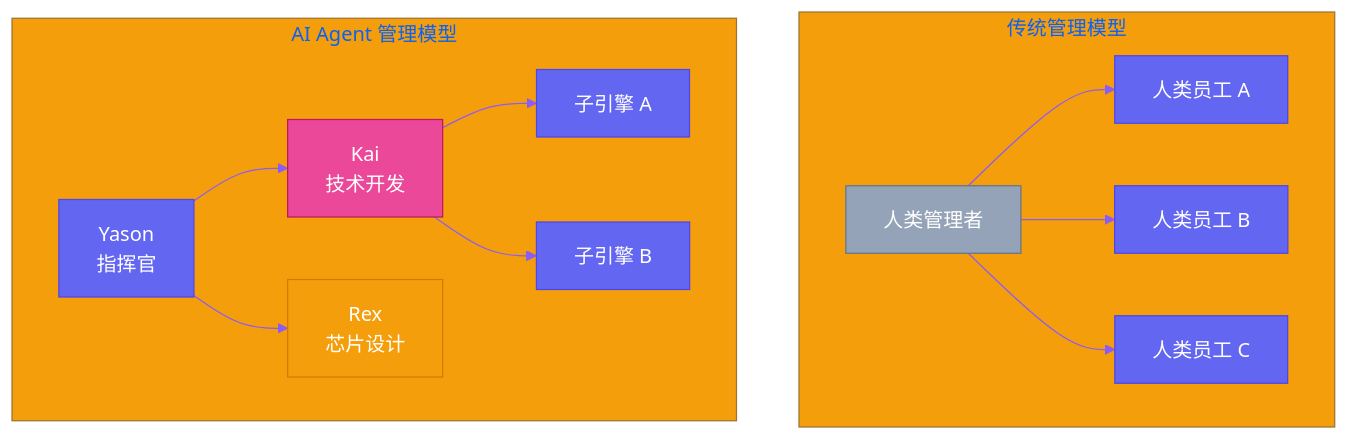
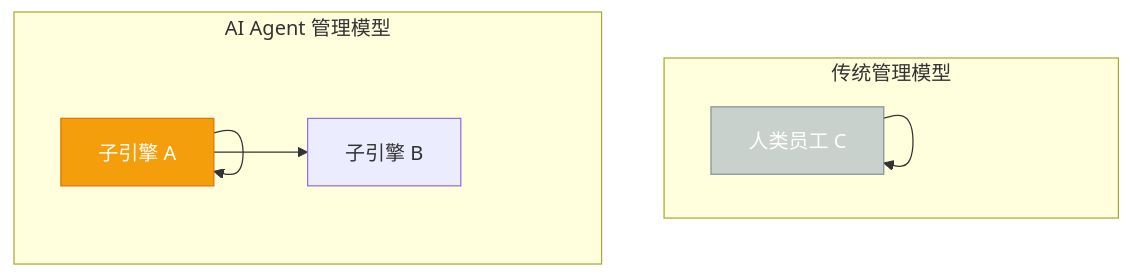
Before and after one commit to VokoForge/ai-prism: the first of 2 diagrams in posts/yason-and-roberts/zh/ch01.md, drawn with Mermaid. The commit also changed other lines of this file and 31 other files, not shown here.

First line of the commit message:
✨ Rewrite all articles: hook titles, Mermaid diagrams, engaging style

````diff
--- a/posts/yason-and-roberts/zh/ch01.md
+++ b/posts/yason-and-roberts/zh/ch01.md
@@ -32,21 +32,20 @@
 ```mermaid
-%%{init: {'theme': 'base', 'themeVariables': {'primaryColor': '#6366f1','primaryTextColor': '#fff','primaryBorderColor': '#4f46e5','lineColor': '#8b5cf6','secondaryColor': '#ec4899','tertiaryColor': '#f59e0b'}}}%%
 graph TD
     subgraph "传统管理模型"
-        H1[人类管理者] --> H2[人类员工 A]
-        H1 --> H3[人类员工 B]
-        H1 --> H4[人类员工 C]
+        H[人类管理者] --> H[人类员工 A]
+        H --> H[人类员工 B]
+        H --> H[人类员工 C]
     end
 
     subgraph "AI Agent 管理模型"
-        A1[Yason<br>指挥官] --> A2[Kai<br>技术开发]
-        A1 --> A3[Rex<br>芯片设计]
-        A2 --> A4[子引擎 A]
-        A2 --> A5[子引擎 B]
+        A[Yason<br>指挥官] --> A[Kai<br>技术开发]
+        A --> A[Rex<br>芯片设计]
+        A --> A[子引擎 A]
+        A --> A5[子引擎 B]
     end
 
-    style A1 fill:#6366f1,stroke:#4f46e5,color:#fff
-    style A2 fill:#ec4899,stroke:#be185d,color:#fff
-    style A3 fill:#f59e0b,stroke:#d97706,color:#fff
-    style H1 fill:#94a3b8,stroke:#64748b,color:#fff
+    style A fill:#666f,stroke:#f6e5,color:#fff
+    style A fill:#ec899,stroke:#be85d,color:#fff
+    style A fill:#f59e0b,stroke:#d97706,color:#fff
+    style H fill:#9ab8,stroke:#678b,color:#fff
 ```
````
